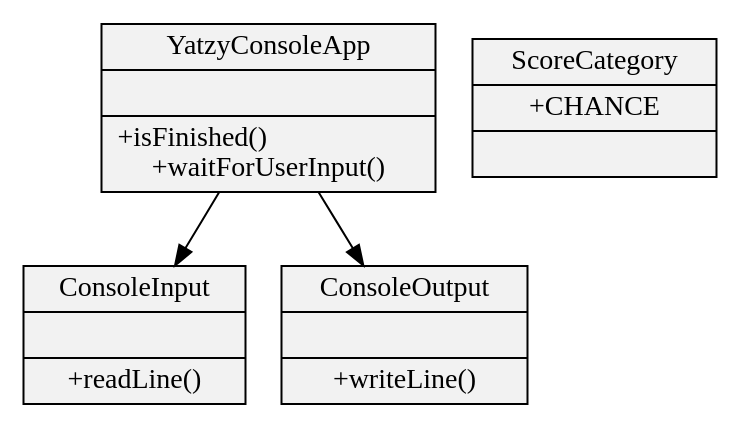
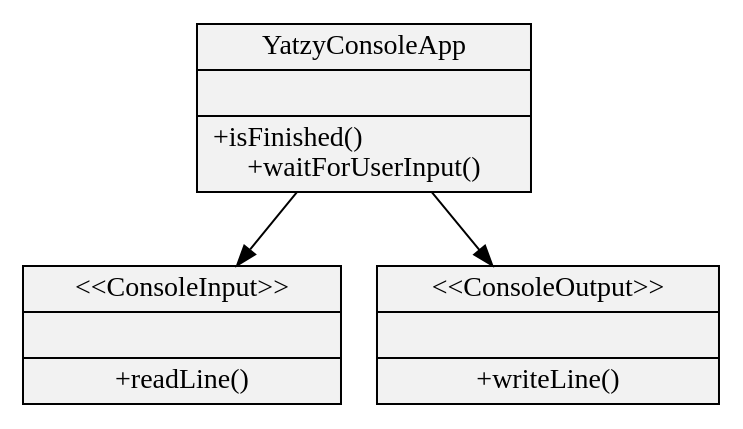
Before and after one commit to uozuAho/yatzyTopDown: the diagram in dev_log/graphviz/walking_skeleton_green.dot, drawn with Graphviz. The commit also changed 9 other files, not shown here.

Commit message:
add git tags, make diagrams consistent, tidy

```diff
--- a/dev_log/graphviz/walking_skeleton_green.dot
+++ b/dev_log/graphviz/walking_skeleton_green.dot
@@ -1,12 +1,11 @@
 digraph walking_skeleton {
 size="5,5"
 node[shape=record,style=filled,fillcolor=gray95]
 
 1[label = "{YatzyConsoleApp||+isFinished()\l+waitForUserInput()}"]
-2[label = "{ConsoleInput||+readLine()}"]
-3[label = "{ConsoleOutput||+writeLine()}"]
-4[label = "{ScoreCategory|+CHANCE|}"]
+2[label = "{\<\<ConsoleInput\>\>||+readLine()}"]
+3[label = "{\<\<ConsoleOutput\>\>||+writeLine()}"]
 
 1->2
 1->3
 }
```
